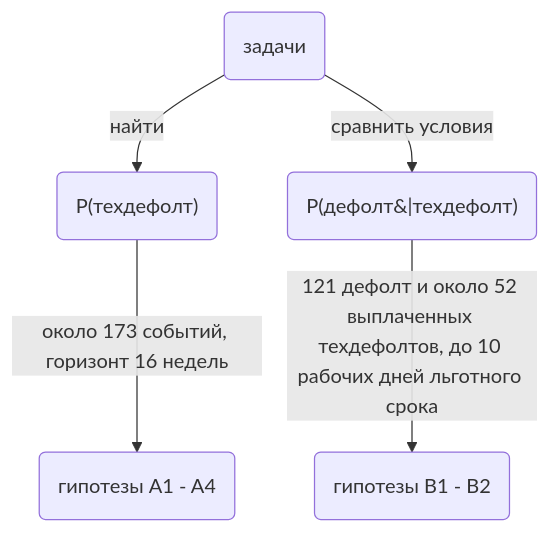
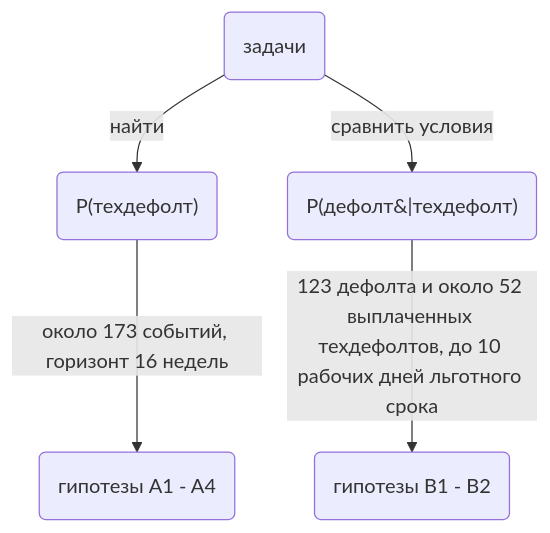
Before and after one commit to alferova-tv/Jessica-invest-assistant: the second of 2 diagrams in research/README.md, drawn with Mermaid. The commit also changed other lines of this file and 13 other files, not shown here.

````diff
--- a/research/README.md
+++ b/research/README.md
@@ -61,8 +61,8 @@
 ```mermaid
 graph TD
     A(задачи)
     A -->|найти| B("P(техдефолт)")
     A -->|сравнить условия| C("P(дефолт&#124;техдефолт)")
     B -->|около 173 событий, горизонт 16 недель| D(гипотезы A1 - A4)
-    C -->|121 дефолт и около 52 выплаченных техдефолтов, до 10 рабочих дней льготного срока| E(гипотезы B1 - B2)
+    C -->|123 дефолта и около 52 выплаченных техдефолтов, до 10 рабочих дней льготного срока| E(гипотезы B1 - B2)
 ```
````
